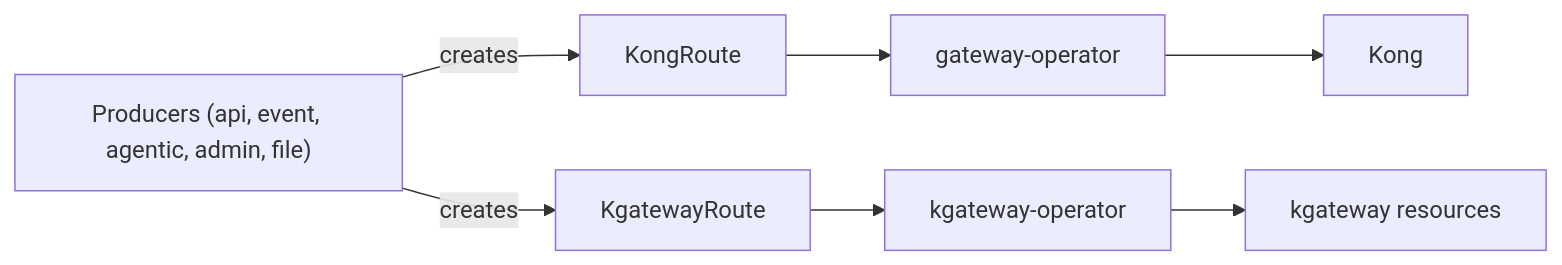
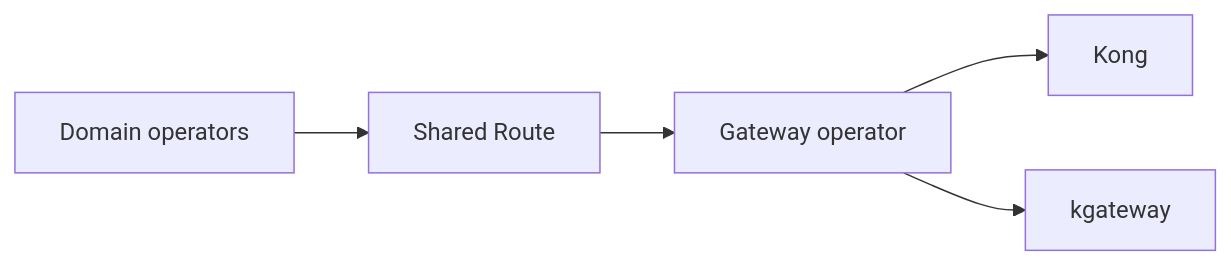
The fourth of 5 diagrams in docs/decisions/0006-migrate-zones-with-kong-as-fallback.md (telekom/gateway), drawn with Mermaid before and after one commit. The commit also changed other lines of this file, not shown here.

Commit message:
docs: compare control plane route and operator architectures

````diff
--- a/docs/decisions/0006-migrate-zones-with-kong-as-fallback.md
+++ b/docs/decisions/0006-migrate-zones-with-kong-as-fallback.md
@@ -227,7 +231,7 @@
-```mermaid
-flowchart LR
-    producers["Producers (api, event, agentic, admin, file)"] -- creates --> kongroute[KongRoute]
-    producers -- creates --> kgwroute[KgatewayRoute]
-    kongroute --> gwop[gateway-operator] --> kong[Kong]
-    kgwroute --> kgwop[kgateway-operator] --> kgw[kgateway resources]
-```
+  ```mermaid
+  flowchart LR
+      api[Domain operators] --> route["Shared Route"]
+      route --> operator["Gateway operator"]
+      operator --> kong[Kong]
+      operator --> kgateway[kgateway]
+  ```
````
